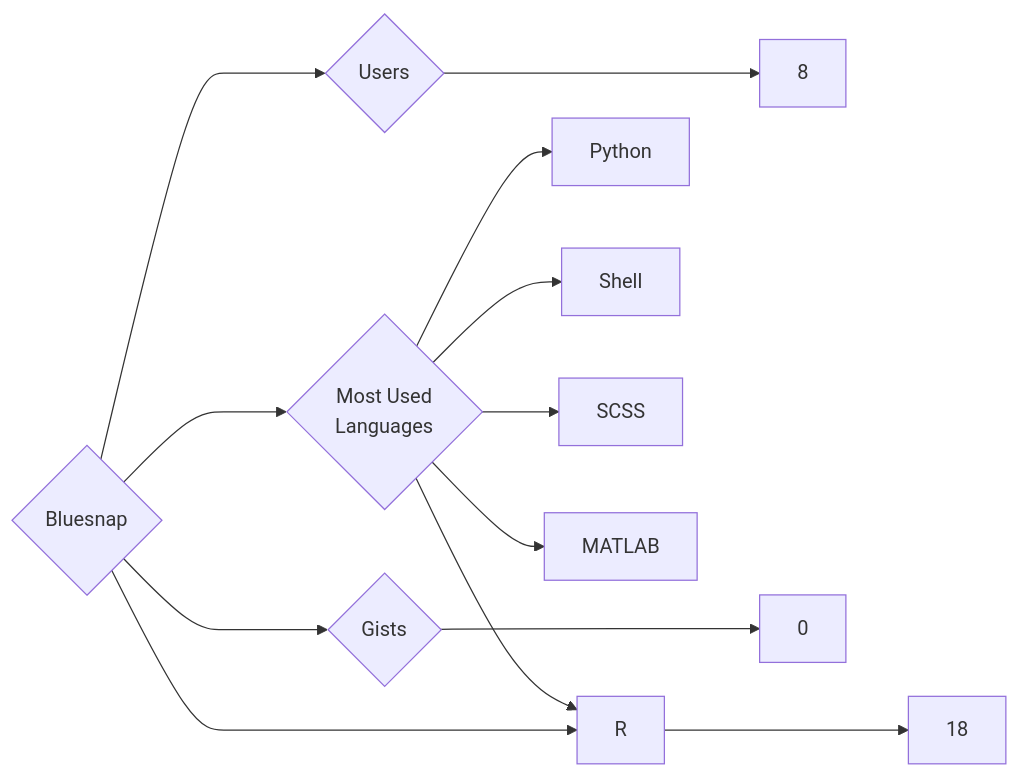
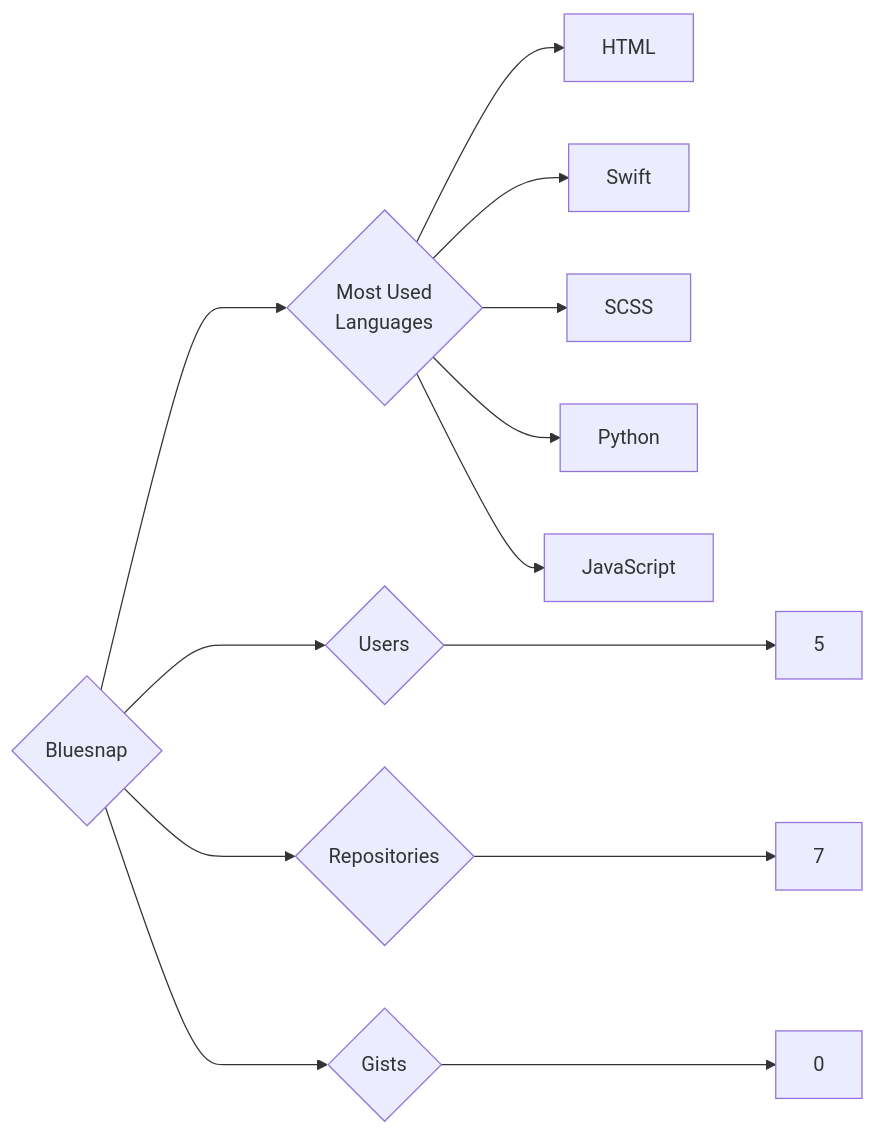
The diagram in targets/Bluesnap/README.md (trickest/insiders), drawn with Mermaid before and after one commit. The commit also changed 984 other files, not shown here.

````diff
--- a/targets/Bluesnap/README.md
+++ b/targets/Bluesnap/README.md
@@ -3,13 +3,13 @@
 ```mermaid
 graph LR
 COMPANY_NAME{Bluesnap}
-COMPANY_NAME ---> U{Users} ---> UN[8]
-COMPANY_NAME ---> R{Repositories} ---> RN[18]
+COMPANY_NAME ---> U{Users} ---> UN[5]
+COMPANY_NAME ---> R{Repositories} ---> RN[7]
 COMPANY_NAME ---> G{Gists} ---> GN[0]
 COMPANY_NAME ---> ML{Most Used<br>Languages}
+ML --> HTML[HTML]
+ML --> Swift[Swift]
+ML --> SCSS[SCSS]
 ML --> Python[Python]
-ML --> Shell[Shell]
-ML --> R[R]
-ML --> SCSS[SCSS]
-ML --> MATLAB[MATLAB]
+ML --> JavaScript[JavaScript]
 ```
````
